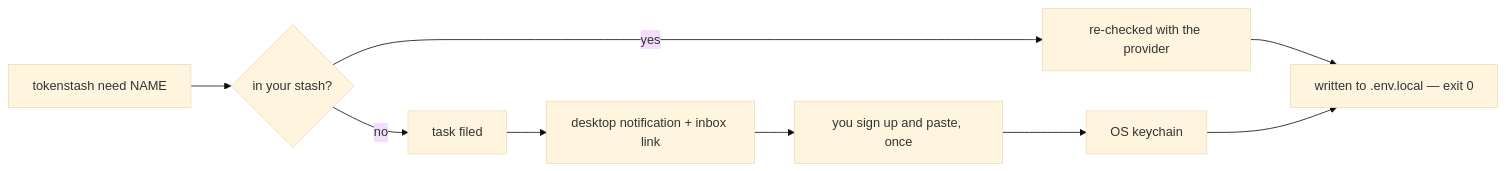
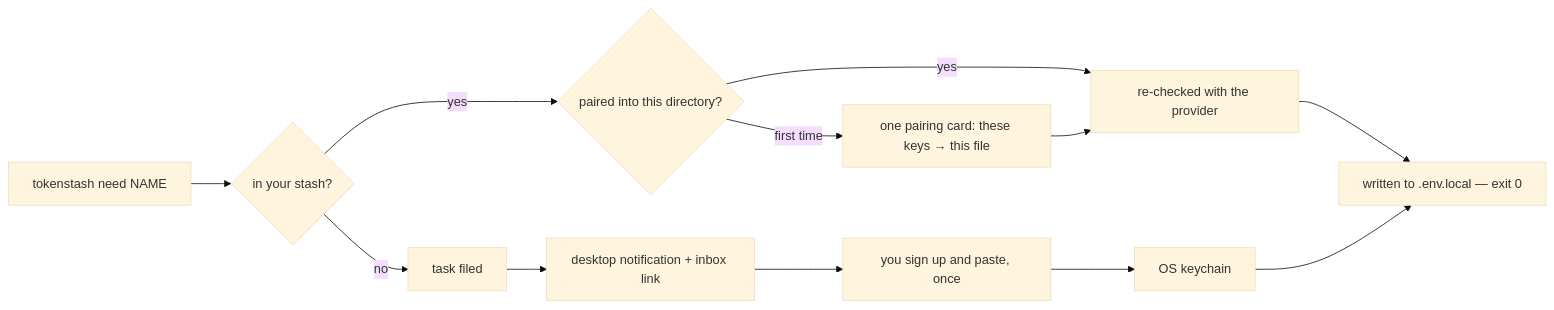
Before and after one commit to kgarg2468/tokenstash: the first of 2 diagrams in README.md, drawn with Mermaid (base theme). The commit also changed other lines of this file and 4 other files, not shown here.

````diff
--- a/README.md
+++ b/README.md
@@ -57,11 +57,14 @@
 ```mermaid
 flowchart LR
   Need["tokenstash need NAME"] --> Hit{"in your stash?"}
-  Hit -->|yes| Verify["re-checked with the provider"]
+  Hit -->|yes| Grant{"paired into this directory?"}
+  Grant -->|yes| Verify["re-checked with the provider"]
+  Grant -->|first time| Pair["one pairing card: these keys → this file"]
+  Pair --> Verify
   Verify --> Env["written to .env.local — exit 0"]
   Hit -->|no| Task["task filed"]
   Task --> Notify["desktop notification + inbox link"]
   Notify --> Paste["you sign up and paste, once"]
   Paste --> Keychain["OS keychain"]
   Keychain --> Env
 ```
````
